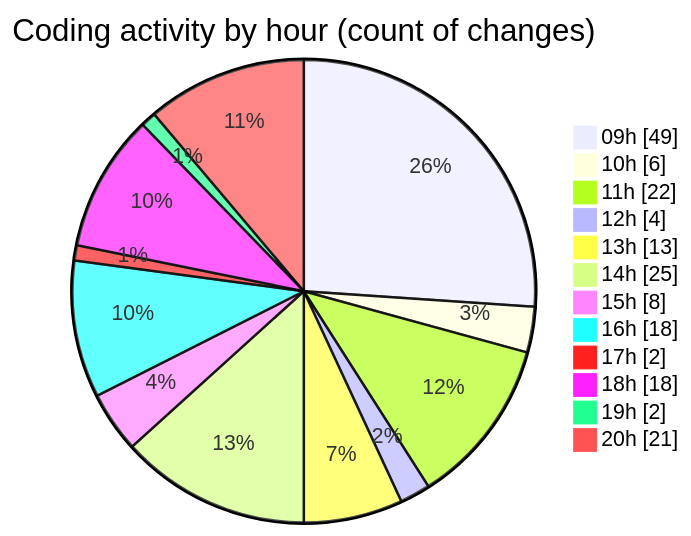
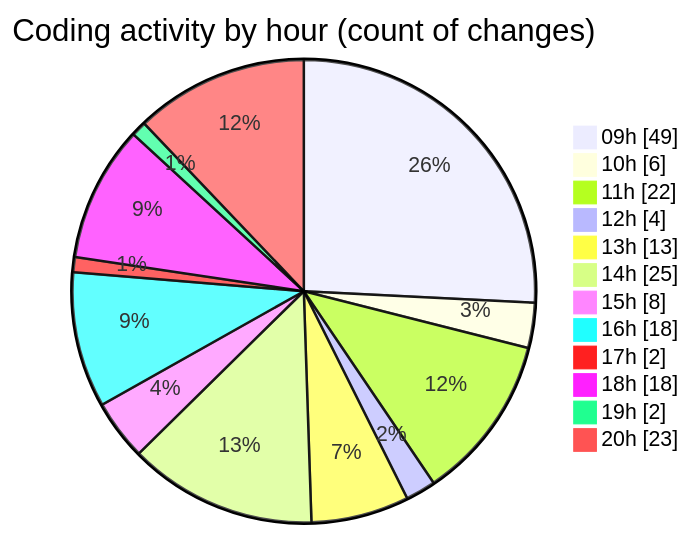
Before and after one commit to momahboobian/code-tracking: the second of 2 diagrams in 2026-06-17/cda/README.md, drawn with Mermaid. The commit also changed other lines of this file and 1 other file, not shown here.

````diff
--- a/2026-06-17/cda/README.md
+++ b/2026-06-17/cda/README.md
@@ -71,16 +71,16 @@
 ```mermaid
 pie showData
 title Coding activity by hour (count of changes)
 "09h" : 49
 "10h" : 6
 "11h" : 22
 "12h" : 4
 "13h" : 13
 "14h" : 25
 "15h" : 8
 "16h" : 18
 "17h" : 2
 "18h" : 18
 "19h" : 2
-"20h" : 21
+"20h" : 23
 ```
````
